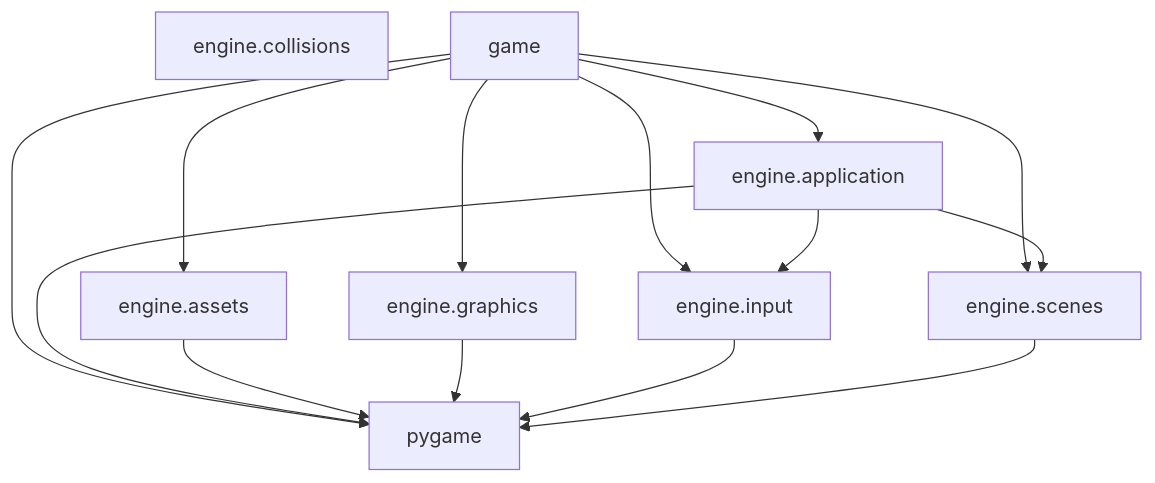
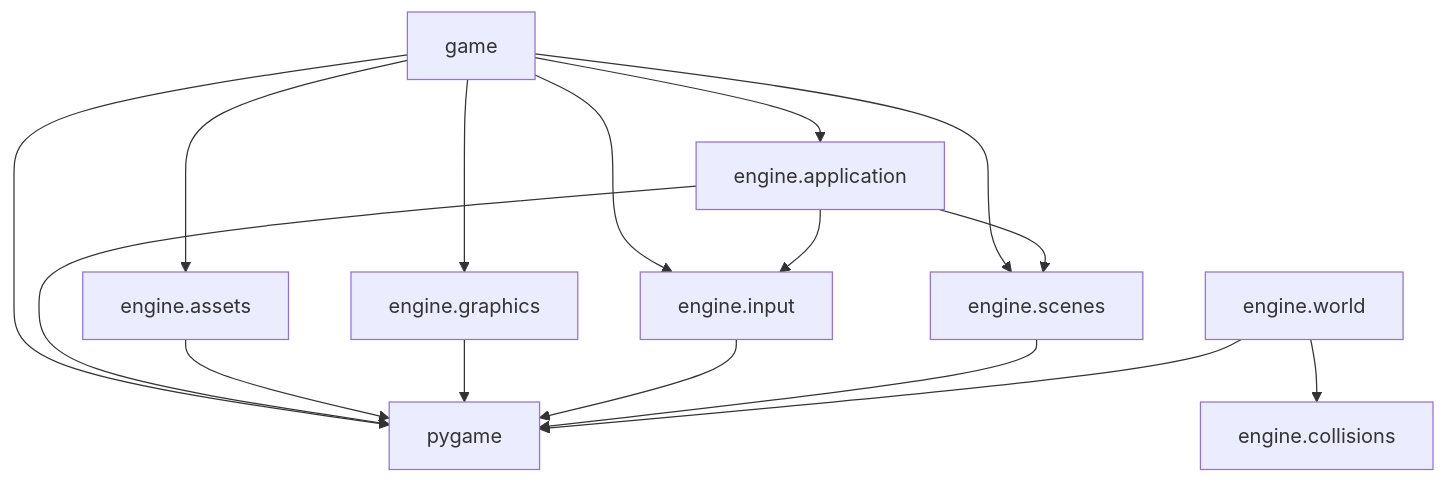
Before and after one commit to VincentMardon/my_first_adventure_game: the diagram in docs/architecture/boundaries.md, drawn with Mermaid. The commit also changed 7 other files, not shown here.

````diff
--- a/docs/architecture/boundaries.md
+++ b/docs/architecture/boundaries.md
@@ -23,26 +23,29 @@
 ```mermaid
 flowchart TD
     Application["engine.application"]
     Assets["engine.assets"]
     Collisions["engine.collisions"]
     Graphics["engine.graphics"]
     Input["engine.input"]
     Scenes["engine.scenes"]
+    World["engine.world"]
     Pygame["pygame"]
     Game["game"]
 
     Game --> Application
     Game --> Assets
     Game --> Graphics
     Game --> Input
     Game --> Scenes
     Game --> Pygame
 
     Application --> Input
     Application --> Scenes
     Application --> Pygame
     Assets --> Pygame
     Graphics --> Pygame
     Input --> Pygame
     Scenes --> Pygame
+    World --> Collisions
+    World --> Pygame
 ```
````
